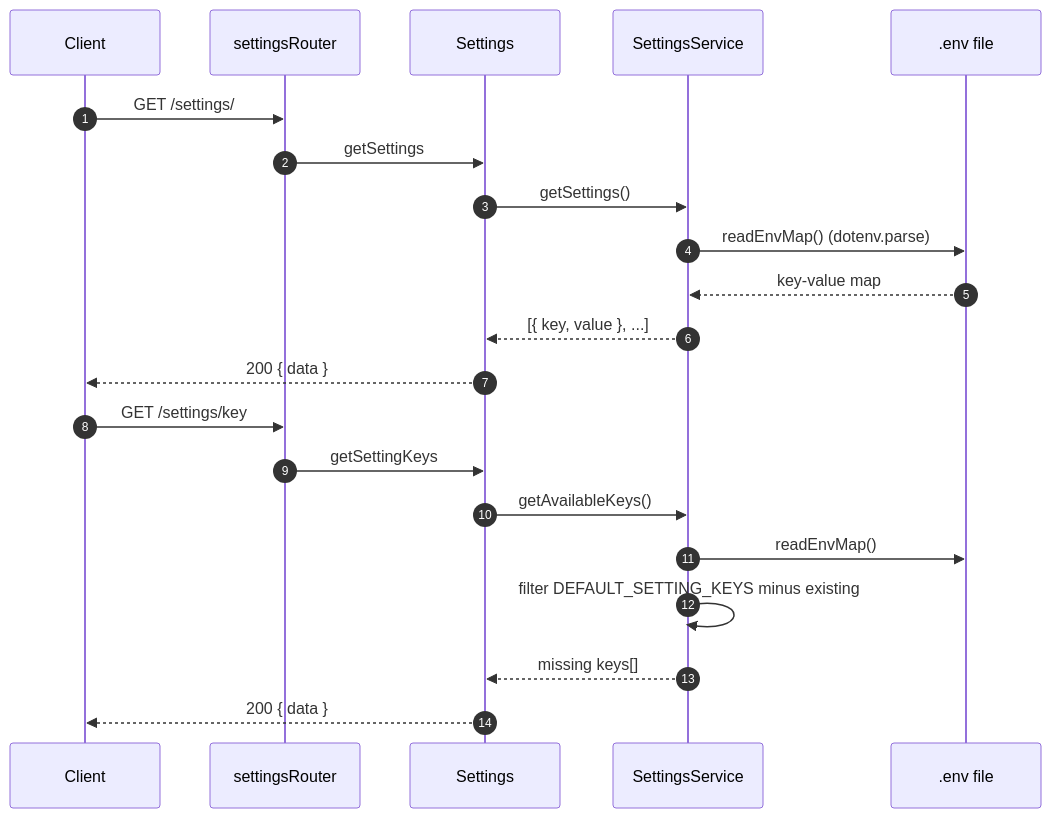
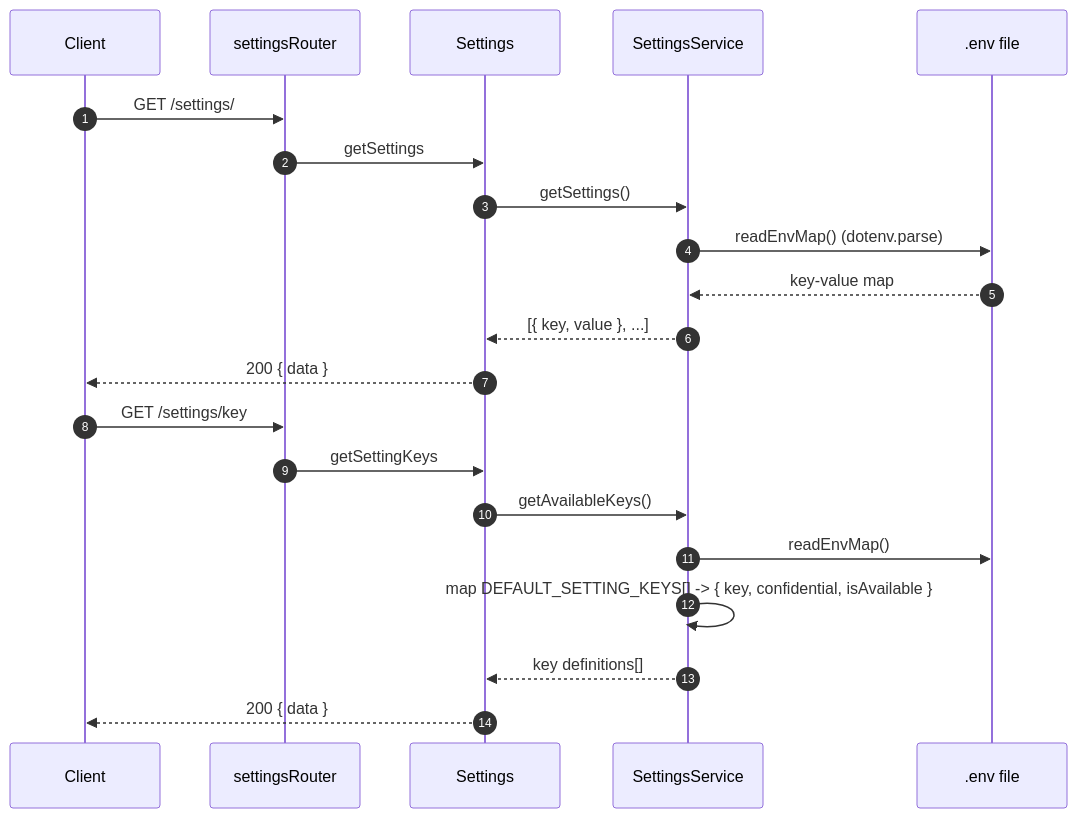
Before and after one commit to iamcasperwein/testcase-analysis-and-generator: the eighth of 13 diagrams in README.md, drawn with Mermaid. The commit also changed other lines of this file and 3 other files, not shown here.

````diff
--- a/README.md
+++ b/README.md
@@ -391,25 +391,25 @@
 ```mermaid
 sequenceDiagram
     autonumber
     participant Client
     participant Router as settingsRouter
     participant Ctrl as Settings
     participant Svc as SettingsService
     participant ENV as .env file
 
     Client->>Router: GET /settings/
     Router->>Ctrl: getSettings
     Ctrl->>Svc: getSettings()
     Svc->>ENV: readEnvMap() (dotenv.parse)
     ENV-->>Svc: key-value map
     Svc-->>Ctrl: [{ key, value }, ...]
     Ctrl-->>Client: 200 { data }
 
     Client->>Router: GET /settings/key
     Router->>Ctrl: getSettingKeys
-    Ctrl->>Svc: getAvailableKeys()
-    Svc->>ENV: readEnvMap()
-    Svc->>Svc: filter DEFAULT_SETTING_KEYS minus existing
-    Svc-->>Ctrl: missing keys[]
+        Ctrl->>Svc: getAvailableKeys()
+        Svc->>ENV: readEnvMap()
+        Svc->>Svc: map DEFAULT_SETTING_KEYS[] -> { key, confidential, isAvailable }
+        Svc-->>Ctrl: key definitions[]
     Ctrl-->>Client: 200 { data }
 ```
````
